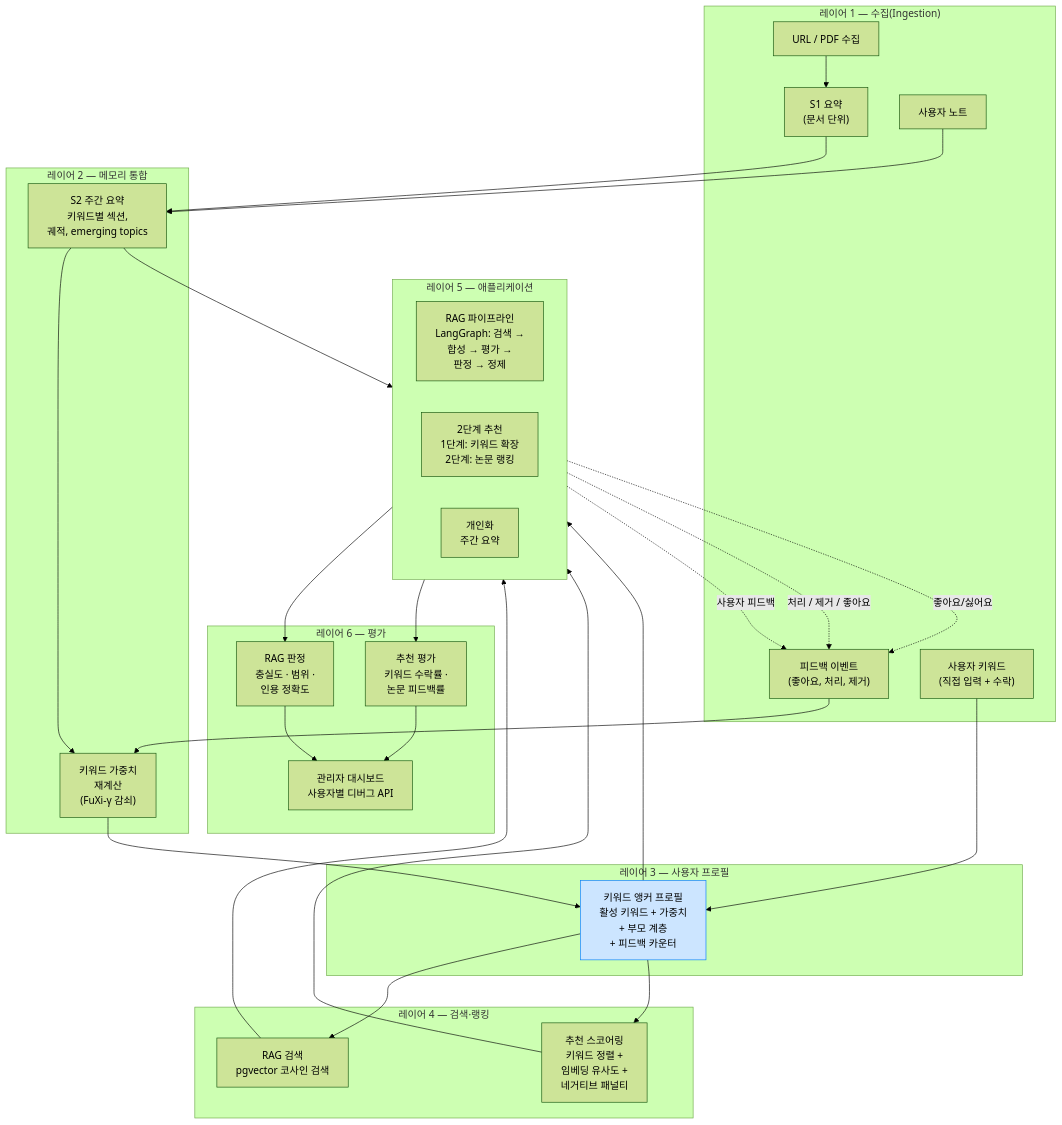
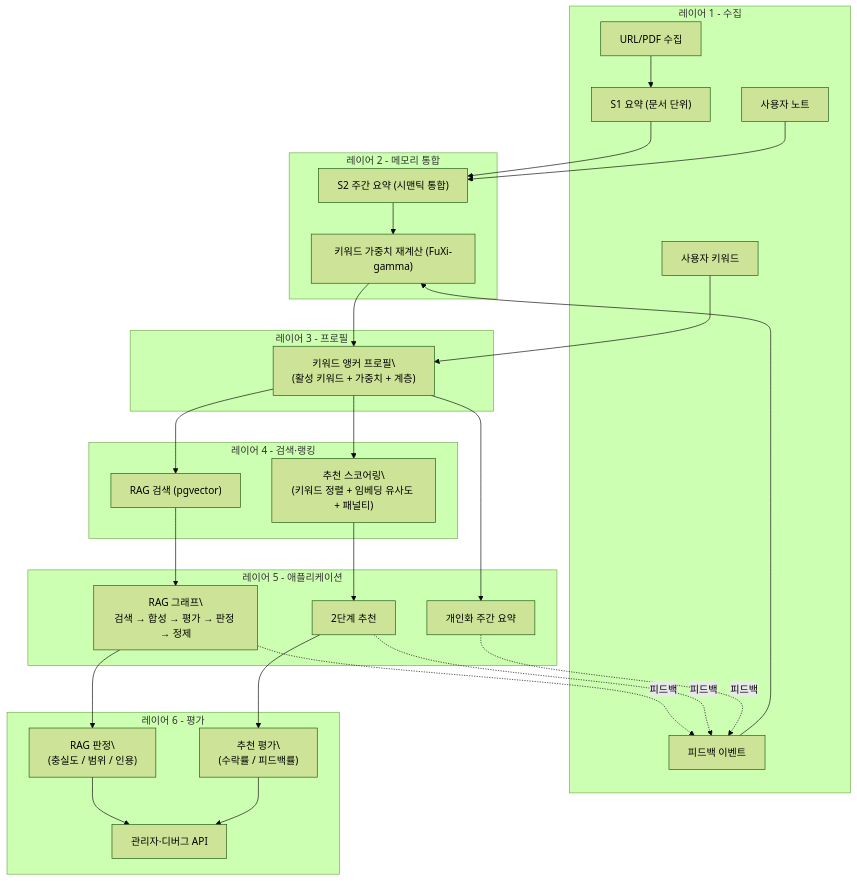
The diagram in README.ko.md (tek302/MyLearningAssistant), drawn with Mermaid (forest theme) before and after one commit. The commit also changed other lines of this file and 11 other files, not shown here.

````diff
--- a/README.ko.md
+++ b/README.ko.md
@@ -19,68 +36,49 @@
 ```mermaid
 flowchart TB
-    subgraph L1["레이어 1 — 수집(Ingestion)"]
-        ING["URL / PDF 수집"]
-        S1["S1 요약\n(문서 단위)"]
-        NOTES["사용자 노트"]
-        FB["피드백 이벤트\n(좋아요, 처리, 제거)"]
-        KW["사용자 키워드\n(직접 입력 + 수락)"]
-    end
+  subgraph L1["레이어 1 - 수집"]
+    ING["URL/PDF 수집"]
+    S1["S1 요약 (문서 단위)"]
+    NOTES["사용자 노트"]
+    FB["피드백 이벤트"]
+    KW["사용자 키워드"]
+  end
 
-    subgraph L2["레이어 2 — 메모리 통합"]
-        S2["S2 주간 요약\n키워드별 섹션,\n궤적, emerging topics"]
-        DECAY["키워드 가중치\n재계산\n(FuXi-γ 감쇠)"]
-    end
+  subgraph L2["레이어 2 - 메모리 통합"]
+    S2["S2 주간 요약 (시맨틱 통합)"]
+    DECAY["키워드 가중치 재계산 (FuXi-gamma)"]
+  end
 
-    subgraph L3["레이어 3 — 사용자 프로필"]
-        PROFILE["키워드 앵커 프로필\n활성 키워드 + 가중치\n+ 부모 계층\n+ 피드백 카운터"]
-    end
+  subgraph L3["레이어 3 - 프로필"]
+    PROFILE["키워드 앵커 프로필\\n(활성 키워드 + 가중치 + 계층)"]
+  end
 
-    subgraph L4["레이어 4 — 검색·랭킹"]
-        RAG_R["RAG 검색\npgvector 코사인 검색"]
-        REC_R["추천 스코어링\n키워드 정렬 +\n임베딩 유사도 +\n네거티브 패널티"]
-    end
+  subgraph L4["레이어 4 - 검색·랭킹"]
+    RAG_R["RAG 검색 (pgvector)"]
+    REC_R["추천 스코어링\\n(키워드 정렬 + 임베딩 유사도 + 패널티)"]
+  end
 
-    subgraph L5["레이어 5 — 애플리케이션"]
-        direction LR
-        RAG_APP["RAG 파이프라인\nLangGraph: 검색 →\n합성 → 평가 →\n판정 → 정제"]
-        REC_APP["2단계 추천\n1단계: 키워드 확장\n2단계: 논문 랭킹"]
-        S2_APP["개인화\n주간 요약"]
-    end
+  subgraph L5["레이어 5 - 애플리케이션"]
+    RAG_APP["RAG 그래프\\n검색 → 합성 → 평가 → 판정 → 정제"]
+    REC_APP["2단계 추천"]
+    S2_APP["개인화 주간 요약"]
+  end
 
-    subgraph L6["레이어 6 — 평가"]
-        RAG_JUDGE["RAG 판정\n충실도 · 범위 ·\n인용 정확도"]
-        REC_EVAL["추천 평가\n키워드 수락률 ·\n논문 피드백률"]
-        ADMIN["관리자 대시보드\n사용자별 디버그 API"]
-    end
+  subgraph L6["레이어 6 - 평가"]
+    RAG_J["RAG 판정\\n(충실도 / 범위 / 인용)"]
+    REC_E["추천 평가\\n(수락률 / 피드백률)"]
+    ADMIN["관리자·디버그 API"]
+  end
 
-    ING --> S1
-    S1 --> S2
-    NOTES --> S2
-    FB --> DECAY
-    KW --> PROFILE
-    S2 --> DECAY
-    DECAY --> PROFILE
+  ING --> S1 --> S2 --> DECAY --> PROFILE
+  NOTES --> S2
+  FB --> DECAY
+  KW --> PROFILE
 
-    PROFILE --> RAG_R
-    PROFILE --> REC_R
+  PROFILE --> RAG_R --> RAG_APP --> RAG_J --> ADMIN
+  PROFILE --> REC_R --> REC_APP --> REC_E --> ADMIN
+  PROFILE --> S2_APP
 
-    RAG_R --> RAG_APP
-    REC_R --> REC_APP
-    S2 --> S2_APP
-    PROFILE --> S2_APP
-
-    RAG_APP --> RAG_JUDGE
-    REC_APP --> REC_EVAL
-    RAG_JUDGE --> ADMIN
-    REC_EVAL --> ADMIN
-
-    RAG_APP -.->|사용자 피드백| FB
-    REC_APP -.->|처리 / 제거 / 좋아요| FB
-    S2_APP -.->|좋아요/싫어요| FB
-
-    classDef layerStyle fill:#f8f9fa,stroke:#dee2e6
-    classDef profileStyle fill:#cce5ff,stroke:#007bff,color:#000
-    classDef feedbackStyle stroke-dasharray: 5 5
-
-    class PROFILE profileStyle
+  RAG_APP -. 피드백 .-> FB
+  REC_APP -. 피드백 .-> FB
+  S2_APP -. 피드백 .-> FB
 ```
````
